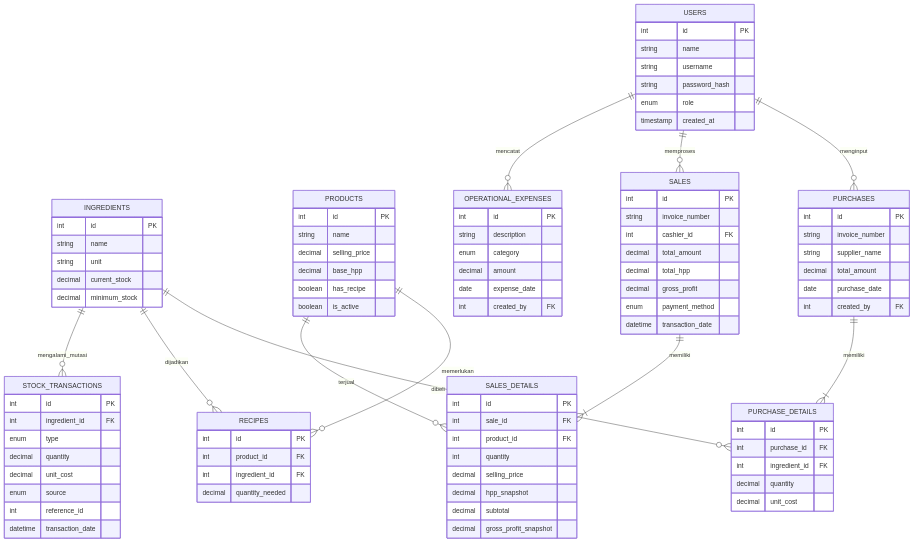
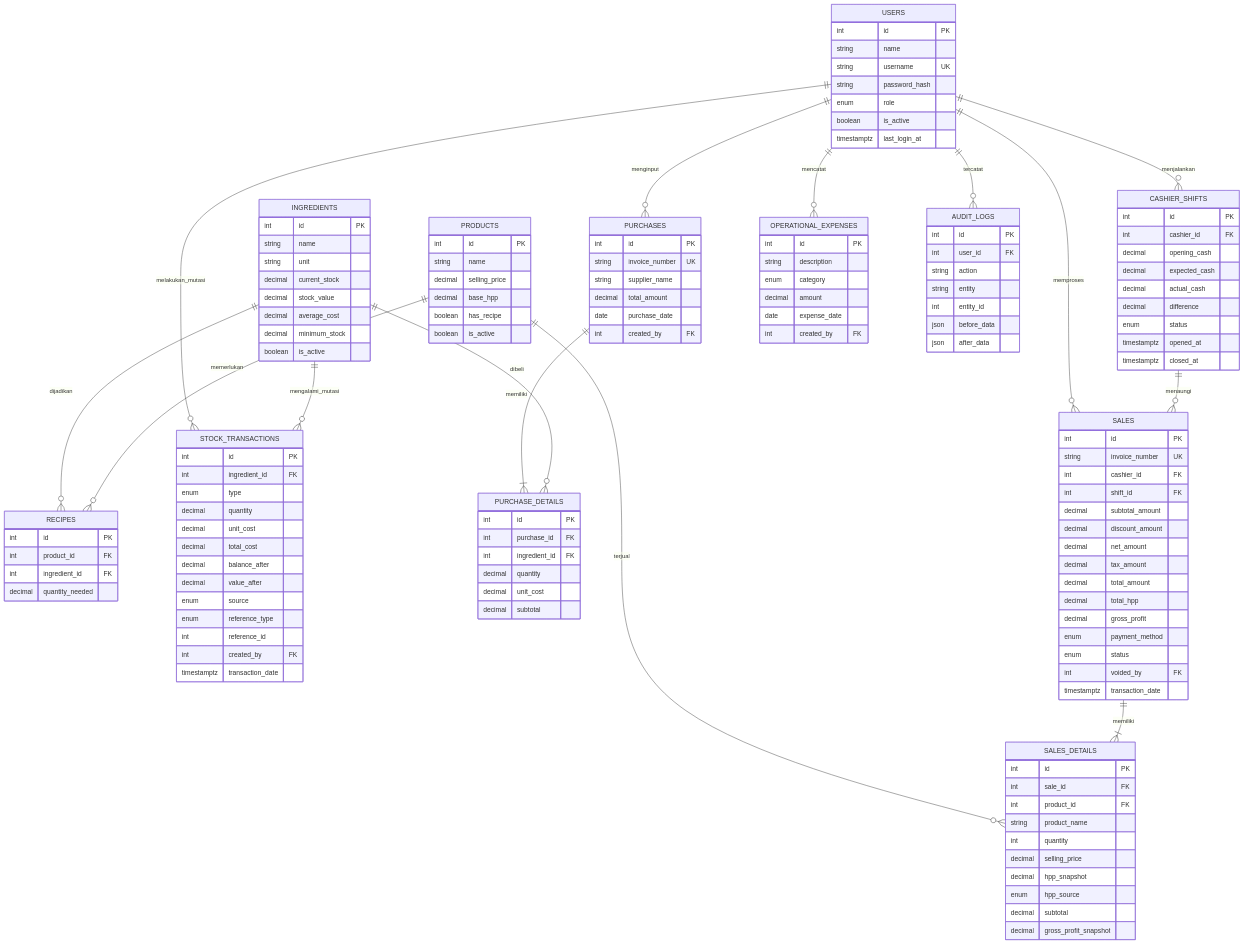
Before and after one commit to fahmibastari/pos-merbaoe: the second of 6 diagrams in README.md, drawn with Mermaid. The commit also changed other lines of this file, not shown here.

````diff
--- a/README.md
+++ b/README.md
@@ -513,17 +1118,21 @@
     USERS {
         int id PK
         string name
-        string username
+        string username UK
         string password_hash
         enum role
-        timestamp created_at
+        boolean is_active
+        timestamptz last_login_at
     }
     INGREDIENTS {
         int id PK
         string name
         string unit
         decimal current_stock
+        decimal stock_value
+        decimal average_cost
         decimal minimum_stock
+        boolean is_active
     }
     PRODUCTS {
         int id PK
@@ -545,13 +1154,18 @@
         enum type
         decimal quantity
         decimal unit_cost
+        decimal total_cost
+        decimal balance_after
+        decimal value_after
         enum source
+        enum reference_type
         int reference_id
-        datetime transaction_date
+        int created_by FK
+        timestamptz transaction_date
     }
     PURCHASES {
         int id PK
-        string invoice_number
+        string invoice_number UK
         string supplier_name
         decimal total_amount
         date purchase_date
@@ -563,24 +1177,45 @@
         int ingredient_id FK
         decimal quantity
         decimal unit_cost
+        decimal subtotal
+    }
+    CASHIER_SHIFTS {
+        int id PK
+        int cashier_id FK
+        decimal opening_cash
+        decimal expected_cash
+        decimal actual_cash
+        decimal difference
+        enum status
+        timestamptz opened_at
+        timestamptz closed_at
     }
     SALES {
         int id PK
-        string invoice_number
+        string invoice_number UK
         int cashier_id FK
+        int shift_id FK
+        decimal subtotal_amount
+        decimal discount_amount
+        decimal net_amount
+        decimal tax_amount
         decimal total_amount
         decimal total_hpp
         decimal gross_profit
         enum payment_method
-        datetime transaction_date
+        enum status
+        int voided_by FK
+        timestamptz transaction_date
     }
     SALES_DETAILS {
         int id PK
         int sale_id FK
         int product_id FK
+        string product_name
         int quantity
         decimal selling_price
         decimal hpp_snapshot
+        enum hpp_source
         decimal subtotal
         decimal gross_profit_snapshot
     }
@@ -592,17 +1227,30 @@
         date expense_date
         int created_by FK
     }
+    AUDIT_LOGS {
+        int id PK
+        int user_id FK
+        string action
+        string entity
+        int entity_id
+        json before_data
+        json after_data
+    }
 
-    USERS ||--o{ PURCHASES : "menginput"
-    USERS ||--o{ SALES : "memproses"
+    USERS ||--o{ PURCHASES            : "menginput"
+    USERS ||--o{ SALES                : "memproses"
     USERS ||--o{ OPERATIONAL_EXPENSES : "mencatat"
-    
-    PURCHASES ||--|{ PURCHASE_DETAILS : "memiliki"
-    INGREDIENTS ||--o{ PURCHASE_DETAILS : "dibeli"
-    INGREDIENTS ||--o{ RECIPES : "dijadikan"
-    INGREDIENTS ||--o{ STOCK_TRANSACTIONS : "mengalami_mutasi"
-    
-    PRODUCTS ||--o{ RECIPES : "memerlukan"
-    PRODUCTS ||--o{ SALES_DETAILS : "terjual"
-    SALES ||--|{ SALES_DETAILS : "memiliki"
+    USERS ||--o{ STOCK_TRANSACTIONS   : "melakukan_mutasi"
+    USERS ||--o{ CASHIER_SHIFTS       : "menjalankan"
+    USERS ||--o{ AUDIT_LOGS           : "tercatat"
+
+    PURCHASES      ||--|{ PURCHASE_DETAILS : "memiliki"
+    INGREDIENTS    ||--o{ PURCHASE_DETAILS : "dibeli"
+    INGREDIENTS    ||--o{ RECIPES          : "dijadikan"
+    INGREDIENTS    ||--o{ STOCK_TRANSACTIONS : "mengalami_mutasi"
+
+    PRODUCTS       ||--o{ RECIPES        : "memerlukan"
+    PRODUCTS       ||--o{ SALES_DETAILS  : "terjual"
+    SALES          ||--|{ SALES_DETAILS  : "memiliki"
+    CASHIER_SHIFTS ||--o{ SALES          : "menaungi"
 ```
````
